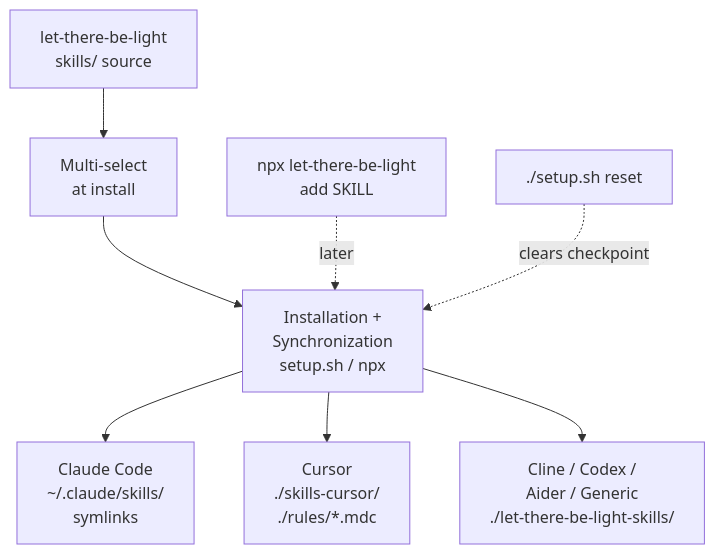
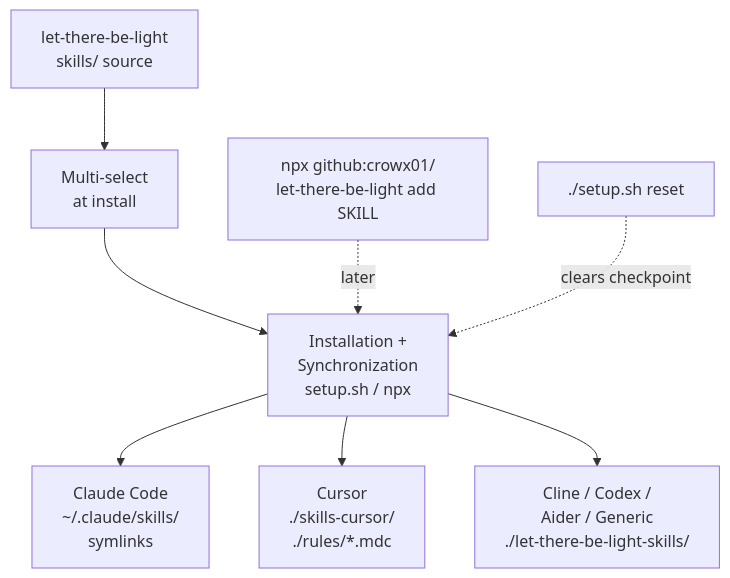
The second of 2 diagrams in README.md (crowx01/let-there-be-light), drawn with Mermaid before and after one commit. The commit also changed other lines of this file and 2 other files, not shown here.

First line of the commit message:
docs: fix npx syntax + add model-routing workflow diagram

````diff
--- a/README.md
+++ b/README.md
@@ -177,10 +222,10 @@
 ```mermaid
 flowchart TD
     A[let-there-be-light<br/>skills/ source] --> B[Multi-select<br/>at install]
     B --> C[Installation +<br/>Synchronization<br/>setup.sh / npx]
     C --> D1[Claude Code<br/>~/.claude/skills/<br/>symlinks]
     C --> D2[Cursor<br/>./skills-cursor/<br/>./rules/*.mdc]
     C --> D3[Cline / Codex /<br/>Aider / Generic<br/>./let-there-be-light-skills/]
-    E[npx let-there-be-light<br/>add SKILL] -.->|later| C
+    E[npx github:crowx01/<br/>let-there-be-light add SKILL] -.->|later| C
     F[./setup.sh reset] -.->|clears checkpoint| C
 ```
````
